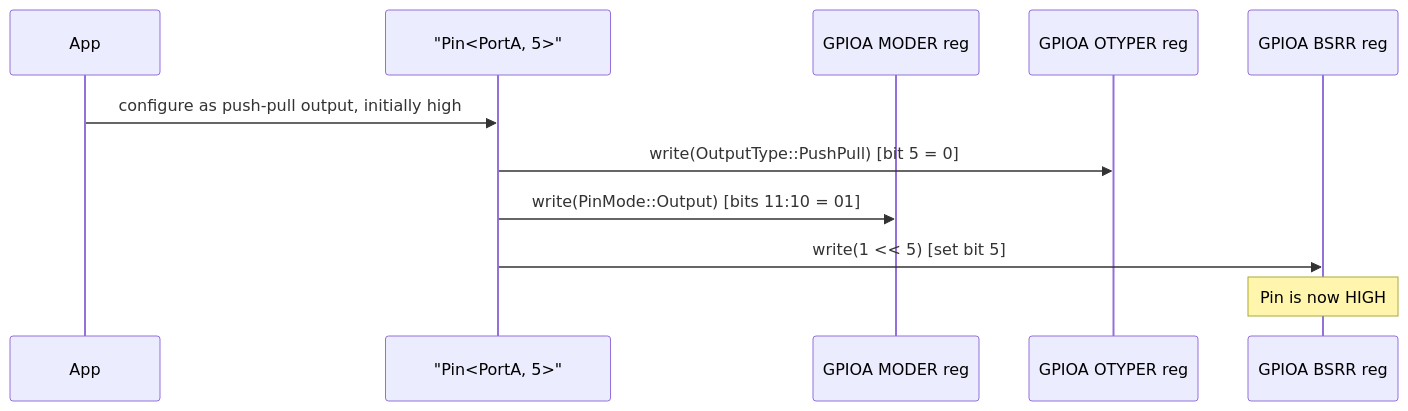
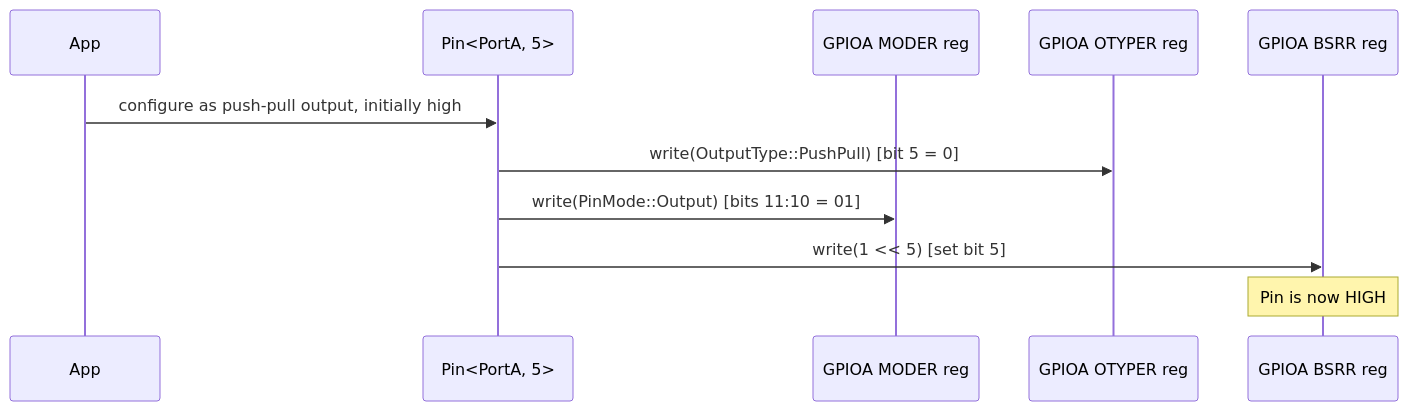
One commit to grahame-org/ohal changed the tenth of 13 diagrams in docs/plan.md. Above: the diagram before and after it, drawn with Mermaid. The commit also changed other lines of this file and 2 other files, not shown here.

Commit message:
docs: use literal angle brackets in mermaid sequence diagram participant labels
Agent-Logs-Url: https://github.com/grahame-org/ohal/sessions/839ec375-47ab-43ea-954d-79949b29867e

````diff
--- a/docs/plan.md
+++ b/docs/plan.md
@@ -542,14 +542,14 @@
 ```mermaid
 sequenceDiagram
     participant App
-    participant Pin as "Pin#lt;PortA, 5#gt;"
+    participant Pin as Pin<PortA, 5>
     participant MODER as GPIOA MODER reg
     participant OTYPER as GPIOA OTYPER reg
     participant BSRR as GPIOA BSRR reg
 
     App->>Pin: configure as push-pull output, initially high
     Pin->>OTYPER: write(OutputType::PushPull) [bit 5 = 0]
     Pin->>MODER: write(PinMode::Output) [bits 11:10 = 01]
     Pin->>BSRR: write(1 << 5) [set bit 5]
     Note over BSRR: Pin is now HIGH
 ```
````
